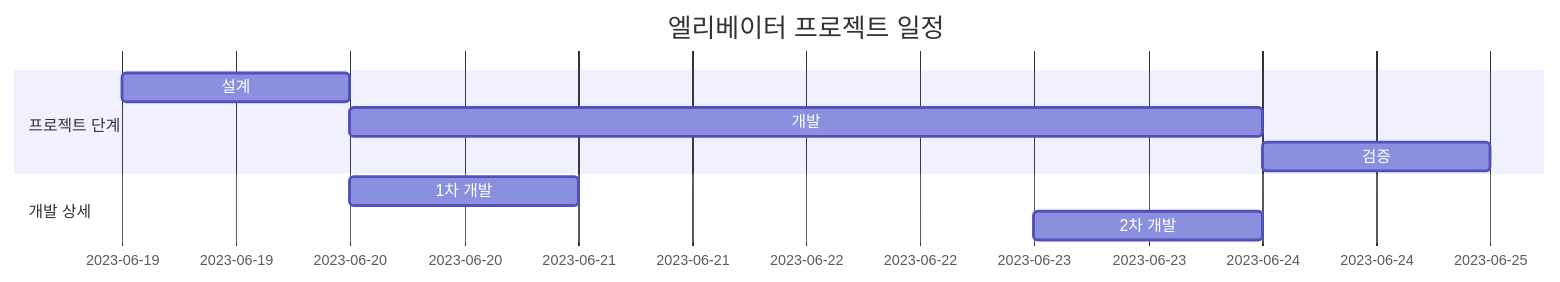
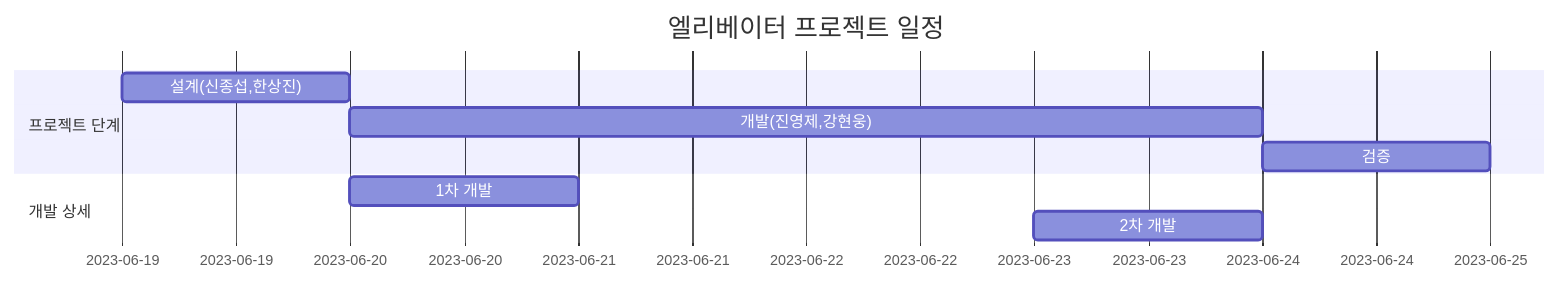
The first of 4 diagrams in doc/STM32보드 엘리베이터.md (Hydronic1219/elevator), drawn with Mermaid before and after one commit. The commit also changed other lines of this file and 8 other files, not shown here.

````diff
--- a/doc/STM32보드 엘리베이터.md
+++ b/doc/STM32보드 엘리베이터.md
@@ -9,14 +9,14 @@
 ```mermaid
 gantt
     title 엘리베이터 프로젝트 일정
     dateFormat  YYYY-MM-DD
     
     section 프로젝트 단계
-    설계    : 2023-06-19, 1d
-    개발    : 2023-06-20, 4d
+    설계(신종섭,한상진)    : 2023-06-19, 1d
+    개발(진영제,강현웅)    : 2023-06-20, 4d
     검증    : 2023-06-24, 1d
     
     section 개발 상세
     1차 개발 : 2023-06-20, 1d
     2차 개발 : 2023-06-23, 1d
 ```
````
